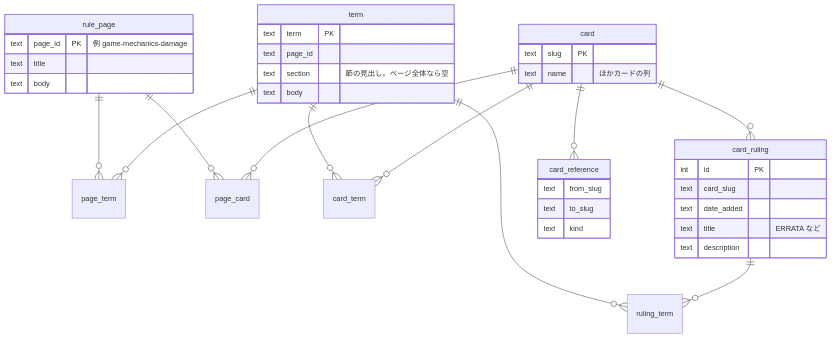
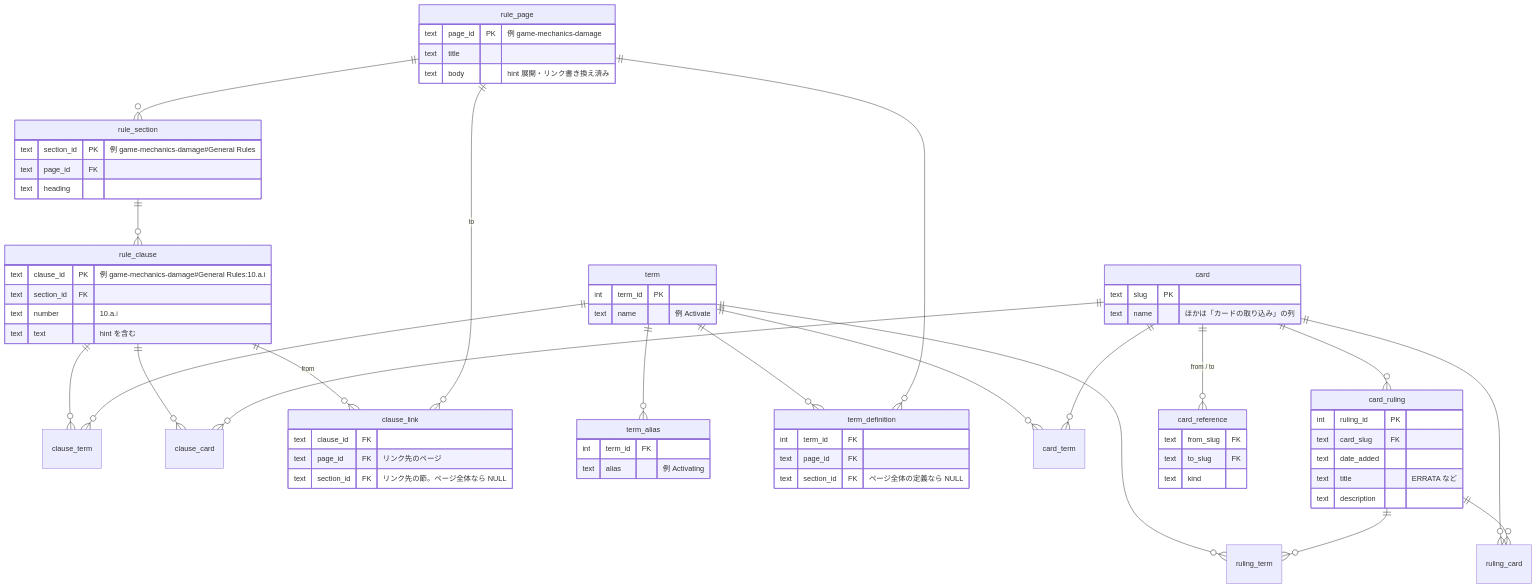
One commit to Luna-rab/ga-rules changed the fourth of 4 diagrams in DESIGN.md. Above: the diagram before and after it, drawn with Mermaid. The commit also changed other lines of this file, not shown here.

First line of the commit message:
Design the SQLite index relations and build architecture

````diff
--- a/DESIGN.md
+++ b/DESIGN.md
@@ -202,41 +270,73 @@
 ```mermaid
 erDiagram
-    rule_page ||--o{ page_term : ""
-    rule_page ||--o{ page_card : ""
-    term ||--o{ page_term : ""
+    rule_page ||--o{ rule_section : ""
+    rule_section ||--o{ rule_clause : ""
+    rule_clause ||--o{ clause_term : ""
+    rule_clause ||--o{ clause_card : ""
+    rule_clause ||--o{ clause_link : "from"
+    rule_page ||--o{ clause_link : "to"
+    term ||--o{ term_alias : ""
+    term ||--o{ term_definition : ""
+    rule_page ||--o{ term_definition : ""
+    term ||--o{ clause_term : ""
     term ||--o{ card_term : ""
     term ||--o{ ruling_term : ""
     card ||--o{ card_term : ""
     card ||--o{ card_ruling : ""
-    card ||--o{ card_reference : ""
-    card ||--o{ page_card : ""
+    card ||--o{ card_reference : "from / to"
+    card ||--o{ clause_card : ""
+    card ||--o{ ruling_card : ""
     card_ruling ||--o{ ruling_term : ""
+    card_ruling ||--o{ ruling_card : ""
 
     rule_page {
         text page_id PK "例 game-mechanics-damage"
         text title
-        text body
+        text body "hint 展開・リンク書き換え済み"
+    }
+    rule_section {
+        text section_id PK "例 game-mechanics-damage#General Rules"
+        text page_id FK
+        text heading
+    }
+    rule_clause {
+        text clause_id PK "例 game-mechanics-damage#General Rules:10.a.i"
+        text section_id FK
+        text number "10.a.i"
+        text text "hint を含む"
+    }
+    clause_link {
+        text clause_id FK
+        text page_id FK "リンク先のページ"
+        text section_id FK "リンク先の節。ページ全体なら NULL"
     }
     term {
-        text term PK
-        text page_id
-        text section "節の見出し。ページ全体なら空"
-        text body
+        int term_id PK
+        text name "例 Activate"
+    }
+    term_alias {
+        int term_id FK
+        text alias "例 Activating"
+    }
+    term_definition {
+        int term_id FK
+        text page_id FK
+        text section_id FK "ページ全体の定義なら NULL"
     }
     card {
         text slug PK
-        text name "ほかカードの列"
+        text name "ほかは「カードの取り込み」の列"
     }
     card_ruling {
-        int id PK
-        text card_slug
+        int ruling_id PK
+        text card_slug FK
         text date_added
         text title "ERRATA など"
         text description
     }
     card_reference {
-        text from_slug
-        text to_slug
+        text from_slug FK
+        text to_slug FK
         text kind
     }
 ```
````
